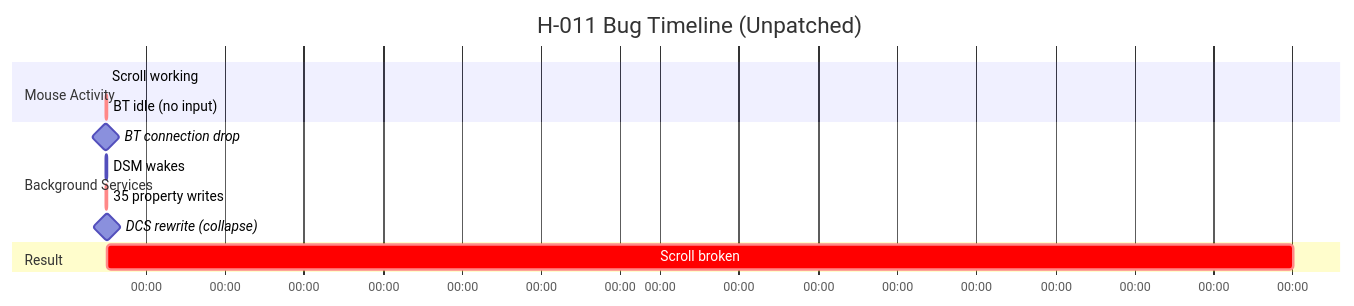
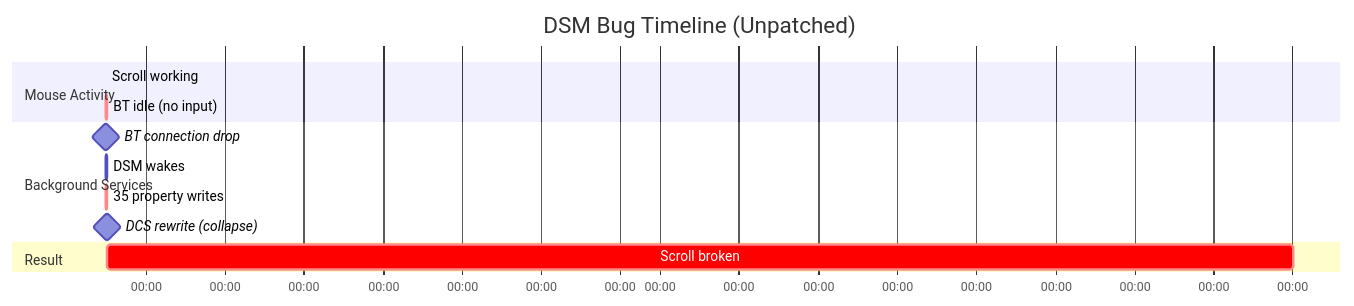
The second of 2 diagrams in v1-binary-patch/docs/diagrams/diagram-dsm-trigger.md (LesleyMurfin/magic-mouse-v3-windows-fix), drawn with Mermaid before and after one commit. The commit also changed other lines of this file and 5 other files, not shown here.

````diff
--- a/v1-binary-patch/docs/diagrams/diagram-dsm-trigger.md
+++ b/v1-binary-patch/docs/diagrams/diagram-dsm-trigger.md
@@ -51,19 +51,19 @@
 ```mermaid
 gantt
-    title H-011 Bug Timeline (Unpatched)
+    title DSM Bug Timeline (Unpatched)
     dateFormat HH:mm
     axisFormat %H:%M
 
     section Mouse Activity
     Scroll working         :active, s1, 00:00, 15m
     BT idle (no input)     :crit, s2, 00:15, 15m
 
     section Background Services
     BT connection drop     :milestone, m1, 00:22, 0m
     DSM wakes              :active, d1, 00:22, 5m
     35 property writes     :crit, d2, 00:22, 3m
     DCS rewrite (collapse) :milestone, m2, 00:25, 0m
 
     section Result
     Scroll broken          :crit, r1, 00:25, 30d
 ```
````
